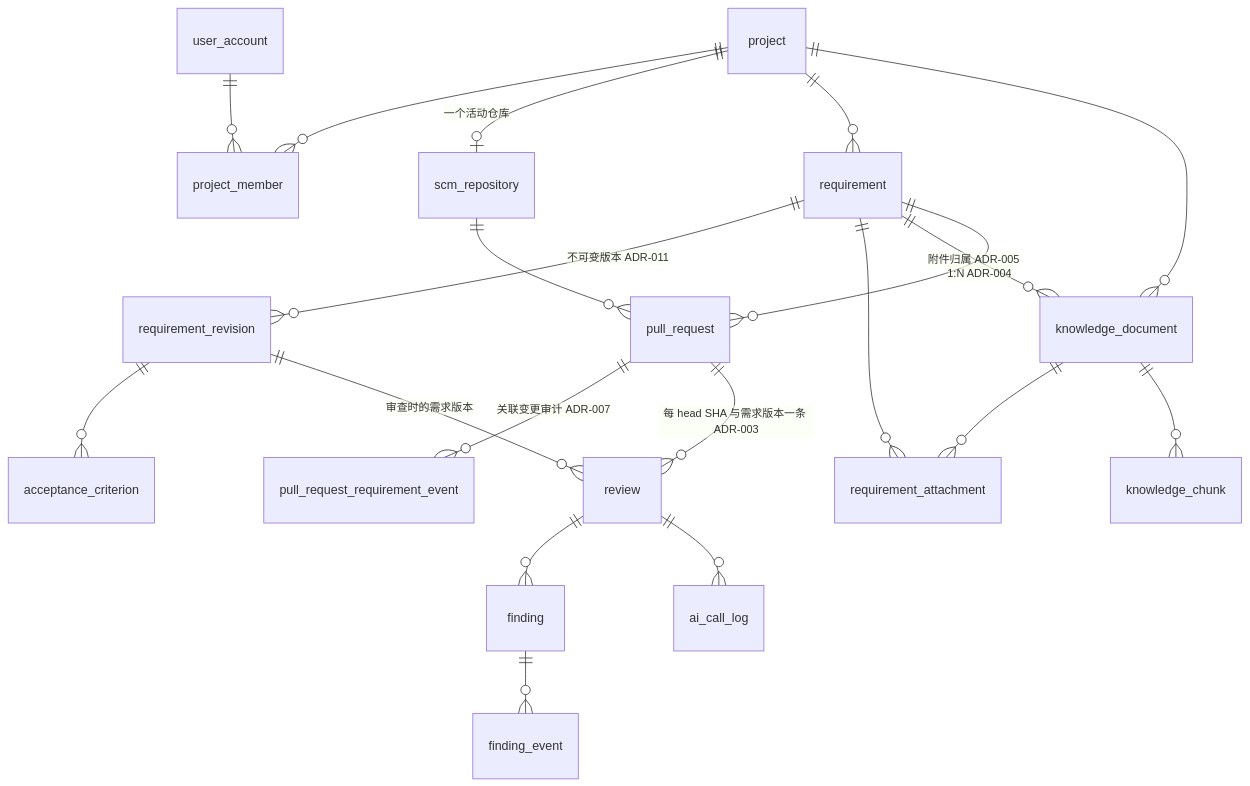
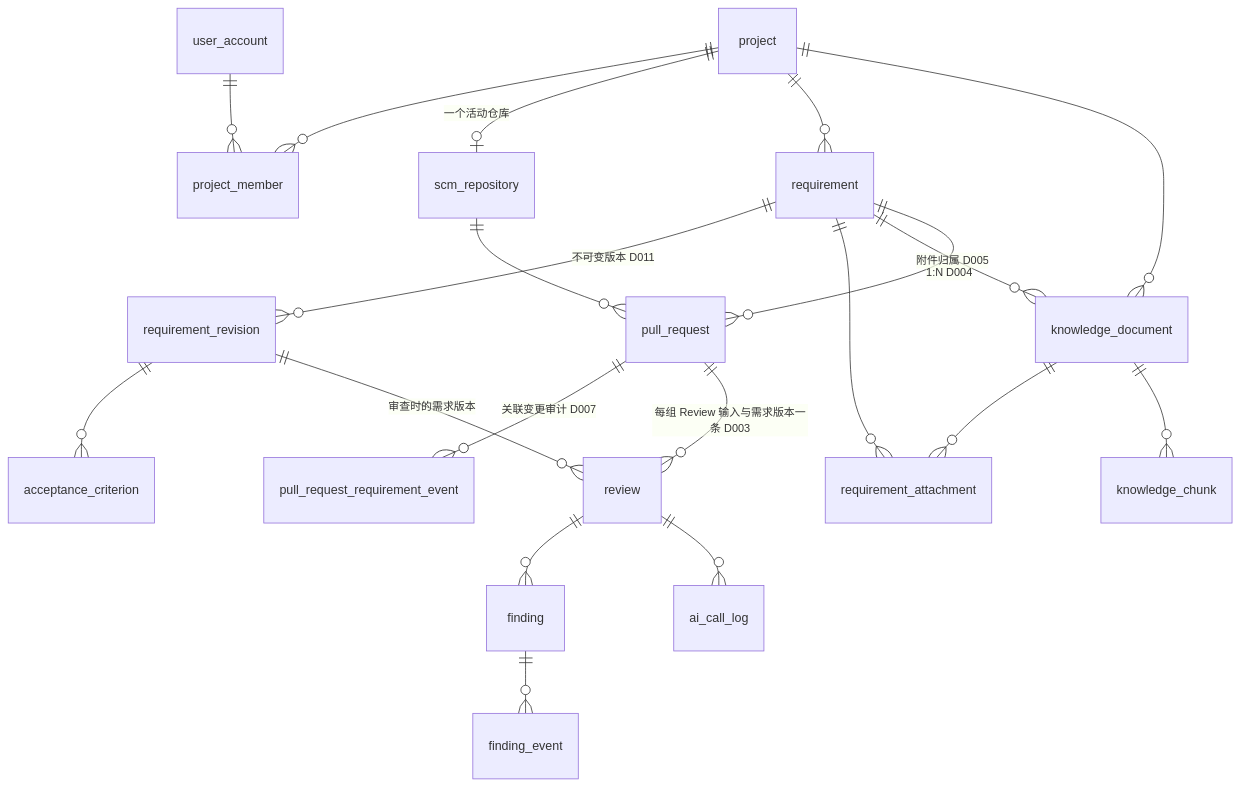
The first of 3 diagrams in docs/v2/ARCHITECTURE.md (LinYsssss/ForgePilot), drawn with Mermaid before and after one commit. The commit also changed other lines of this file and 25 other files, not shown here.

````diff
--- a/docs/v2/ARCHITECTURE.md
+++ b/docs/v2/ARCHITECTURE.md
@@ -108,22 +108,22 @@
 ```mermaid
 erDiagram
     user_account ||--o{ project_member : ""
     project ||--o{ project_member : ""
     project ||--o| scm_repository : "一个活动仓库"
     project ||--o{ requirement : ""
     project ||--o{ knowledge_document : ""
-    requirement ||--o{ requirement_revision : "不可变版本 ADR-011"
+    requirement ||--o{ requirement_revision : "不可变版本 D011"
     requirement_revision ||--o{ acceptance_criterion : ""
     requirement ||--o{ requirement_attachment : ""
     knowledge_document ||--o{ requirement_attachment : ""
     knowledge_document ||--o{ knowledge_chunk : ""
-    requirement ||--o{ knowledge_document : "附件归属 ADR-005"
-    requirement ||--o{ pull_request : "1:N ADR-004"
+    requirement ||--o{ knowledge_document : "附件归属 D005"
+    requirement ||--o{ pull_request : "1:N D004"
     scm_repository ||--o{ pull_request : ""
-    pull_request ||--o{ pull_request_requirement_event : "关联变更审计 ADR-007"
-    pull_request ||--o{ review : "每 head SHA 与需求版本一条 ADR-003"
+    pull_request ||--o{ pull_request_requirement_event : "关联变更审计 D007"
+    pull_request ||--o{ review : "每组 Review 输入与需求版本一条 D003"
     requirement_revision ||--o{ review : "审查时的需求版本"
     review ||--o{ finding : ""
     finding ||--o{ finding_event : ""
     review ||--o{ ai_call_log : ""
 ```
````
